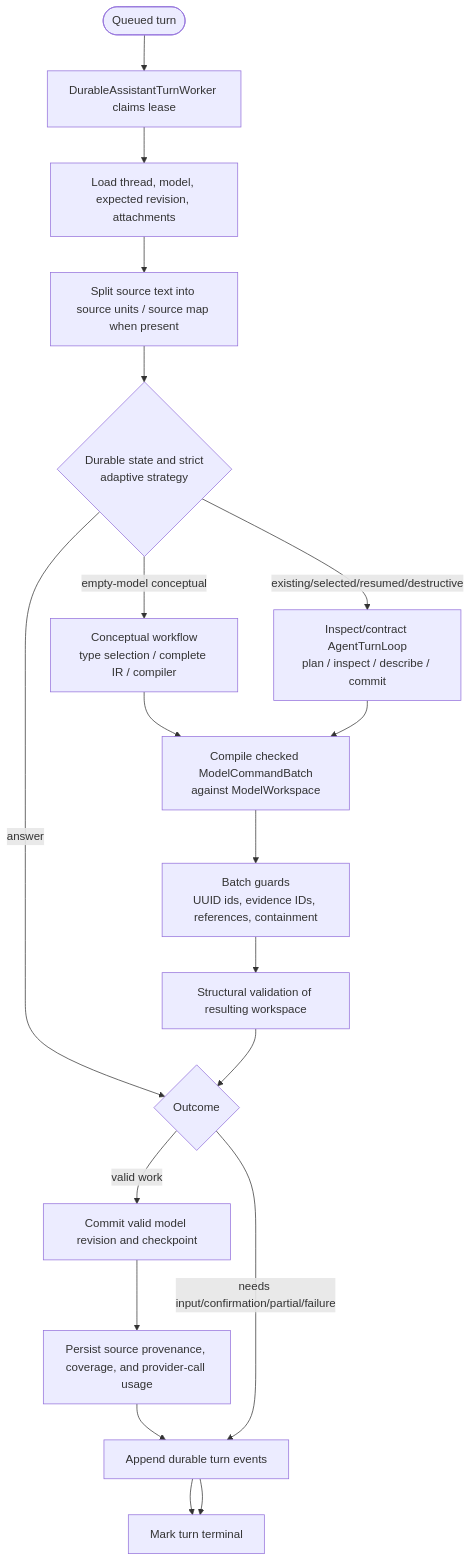
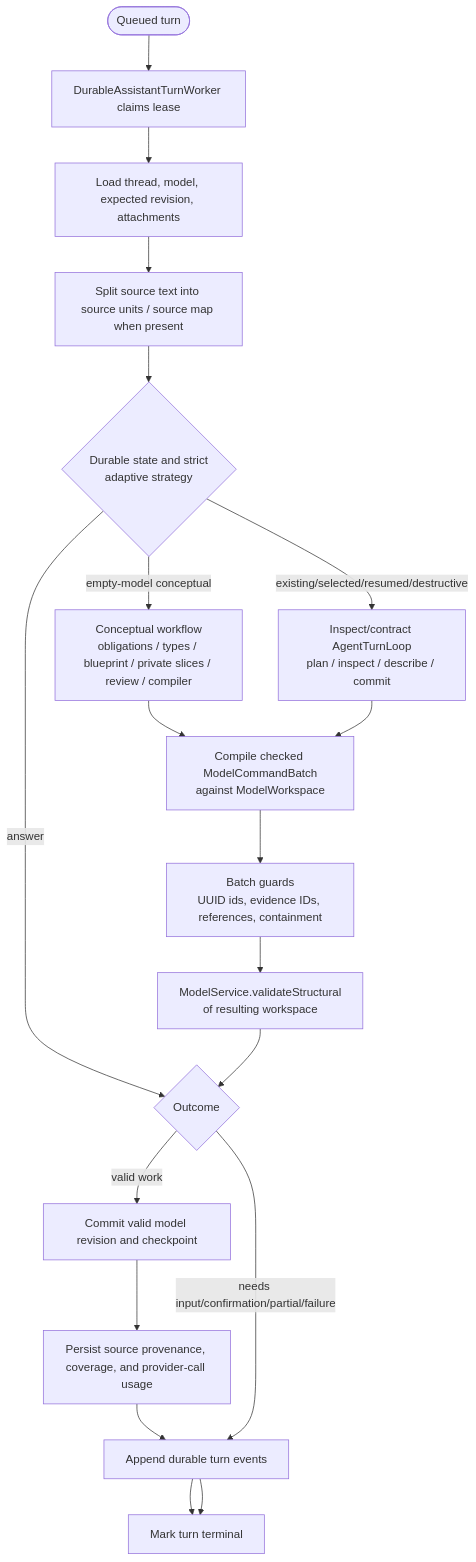
One commit to mehdieidi/modriss changed the fifth of 7 diagrams in docs/diagrams/22-major-function-flows.md. Above: the diagram before and after it, drawn with Mermaid. The commit also changed 52 other files, not shown here.

First line of the commit message:
test(ai): add tests for agent action schema and turn loop behavior and update docs

````diff
--- a/docs/diagrams/22-major-function-flows.md
+++ b/docs/diagrams/22-major-function-flows.md
@@ -103,26 +103,26 @@
 ```mermaid
 flowchart TD
     start([Queued turn])
     claim["DurableAssistantTurnWorker claims lease"]
     load["Load thread, model, expected revision, attachments"]
     split["Split source text into source units / source map when present"]
     route{"Durable state and strict<br/>adaptive strategy"}
-    conceptual["Conceptual workflow<br/>type selection / complete IR / compiler"]
+    conceptual["Conceptual workflow<br/>obligations / types / blueprint / private slices / review / compiler"]
     loop["Inspect/contract AgentTurnLoop<br/>plan / inspect / describe / commit"]
     tools["Compile checked ModelCommandBatch<br/>against ModelWorkspace"]
     guards["Batch guards<br/>UUID ids, evidence IDs, references, containment"]
-    validate["Structural validation of resulting workspace"]
+    validate["ModelService.validateStructural<br/>of resulting workspace"]
     outcome{"Outcome"}
     commit["Commit valid model revision and checkpoint"]
     provenance["Persist source provenance, coverage, and provider-call usage"]
     events["Append durable turn events"]
     terminal["Mark turn terminal"]
 
     start --> claim --> load --> split --> route
     route -- empty-model conceptual --> conceptual --> tools
     route -- existing/selected/resumed/destructive --> loop --> tools
     route -- answer --> outcome
     tools --> guards --> validate --> outcome
     outcome -- valid work --> commit --> provenance --> events --> terminal
     outcome -- needs input/confirmation/partial/failure --> events --> terminal
 ```
````
